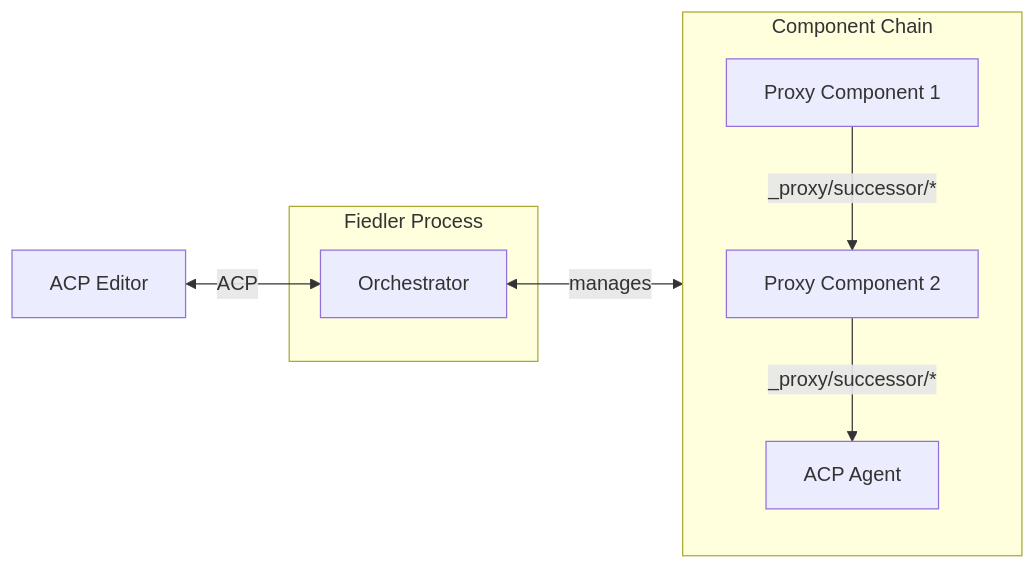
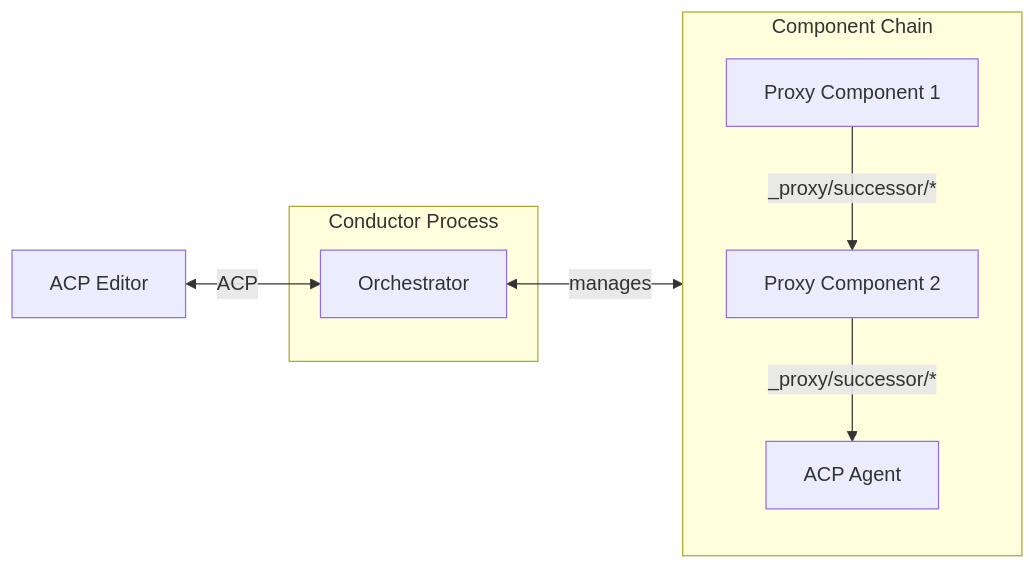
One commit to symposium-dev/symposium-acp changed the diagram in md/pacp-components.md. Above: the diagram before and after it, drawn with Mermaid. The commit also changed other lines of this file and 4 other files, not shown here.

First line of the commit message:
Remove all references to "Fiedler" and use "Conductor" consistently

````diff
--- a/md/pacp-components.md
+++ b/md/pacp-components.md
@@ -19,20 +19,20 @@
 ```mermaid
 flowchart LR
     Editor[ACP Editor]
     
-    subgraph Fiedler[Fiedler Process]
+    subgraph Conductor[Conductor Process]
         F[Orchestrator]
     end
     
     subgraph Chain[Component Chain]
         C1[Proxy Component 1]
         C2[Proxy Component 2]
         Agent[ACP Agent]
         
         C1 -->|_proxy/successor/*| C2
         C2 -->|_proxy/successor/*| Agent
     end
     
     Editor <-->|ACP| F
     F <-->|manages| Chain
 ```
````
